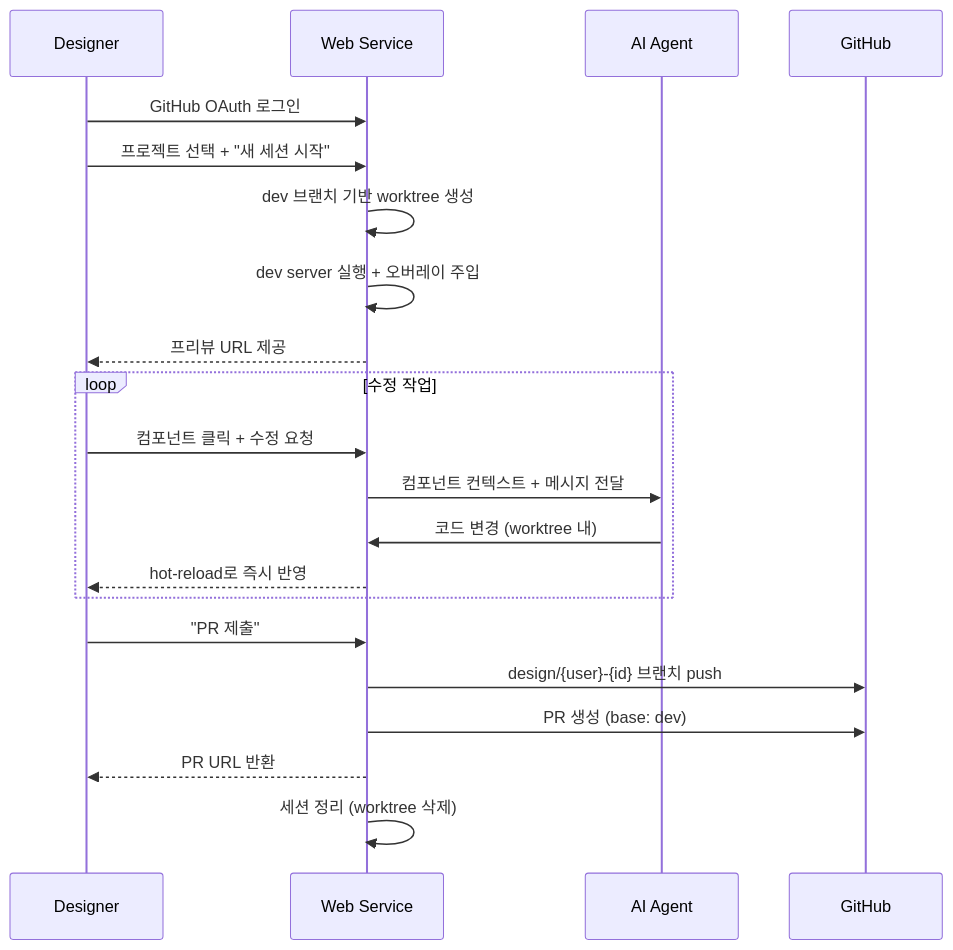
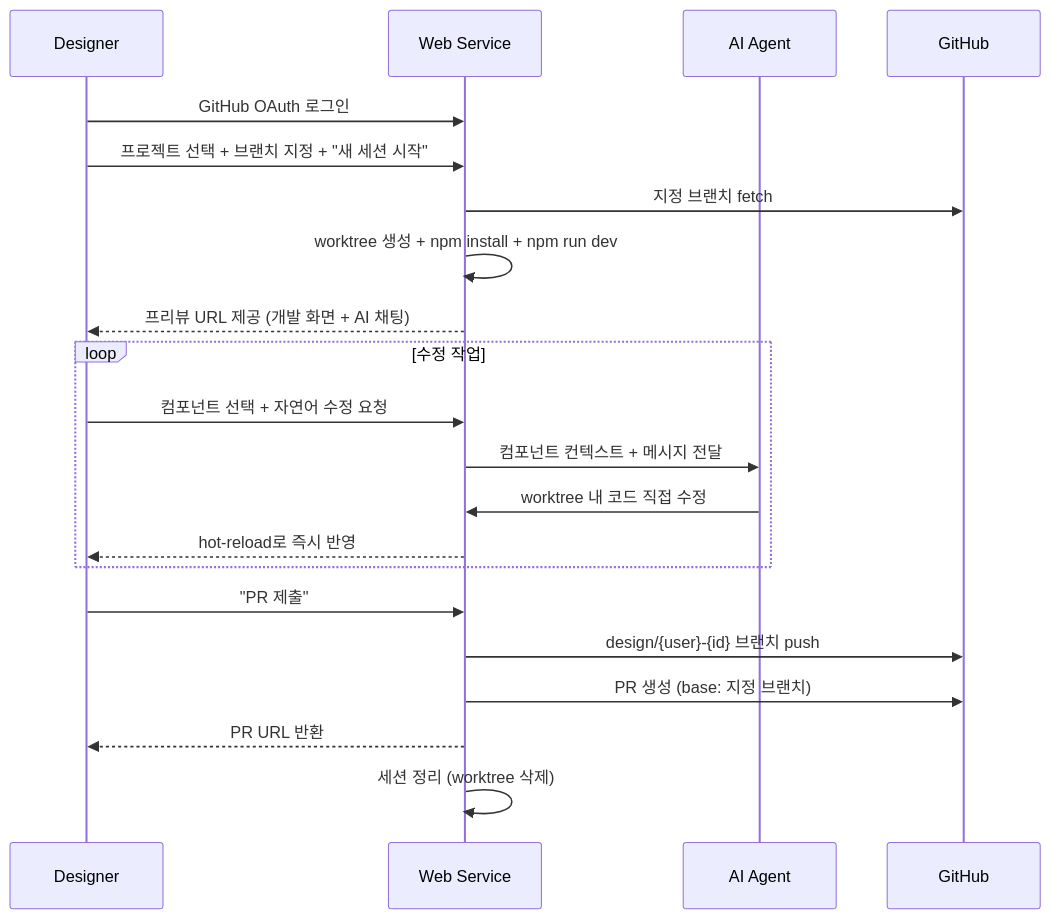
Before and after one commit to brandazine/design-playground: the first of 2 diagrams in SPEC.md, drawn with Mermaid. The commit also changed other lines of this file, not shown here.

First line of the commit message:
Update SPEC: user-specified branch, npm run, split UI layout

````diff
--- a/SPEC.md
+++ b/SPEC.md
@@ -13,26 +13,26 @@
 ```mermaid
 sequenceDiagram
     participant D as Designer
     participant W as Web Service
     participant A as AI Agent
     participant G as GitHub
 
     D->>W: GitHub OAuth 로그인
-    D->>W: 프로젝트 선택 + "새 세션 시작"
-    W->>W: dev 브랜치 기반 worktree 생성
-    W->>W: dev server 실행 + 오버레이 주입
-    W-->>D: 프리뷰 URL 제공
+    D->>W: 프로젝트 선택 + 브랜치 지정 + "새 세션 시작"
+    W->>G: 지정 브랜치 fetch
+    W->>W: worktree 생성 + npm install + npm run dev
+    W-->>D: 프리뷰 URL 제공 (개발 화면 + AI 채팅)
 
     loop 수정 작업
-        D->>W: 컴포넌트 클릭 + 수정 요청
+        D->>W: 컴포넌트 선택 + 자연어 수정 요청
         W->>A: 컴포넌트 컨텍스트 + 메시지 전달
-        A->>W: 코드 변경 (worktree 내)
+        A->>W: worktree 내 코드 직접 수정
         W-->>D: hot-reload로 즉시 반영
     end
 
     D->>W: "PR 제출"
     W->>G: design/{user}-{id} 브랜치 push
-    W->>G: PR 생성 (base: dev)
+    W->>G: PR 생성 (base: 지정 브랜치)
     W-->>D: PR URL 반환
     W->>W: 세션 정리 (worktree 삭제)
 ```
````
